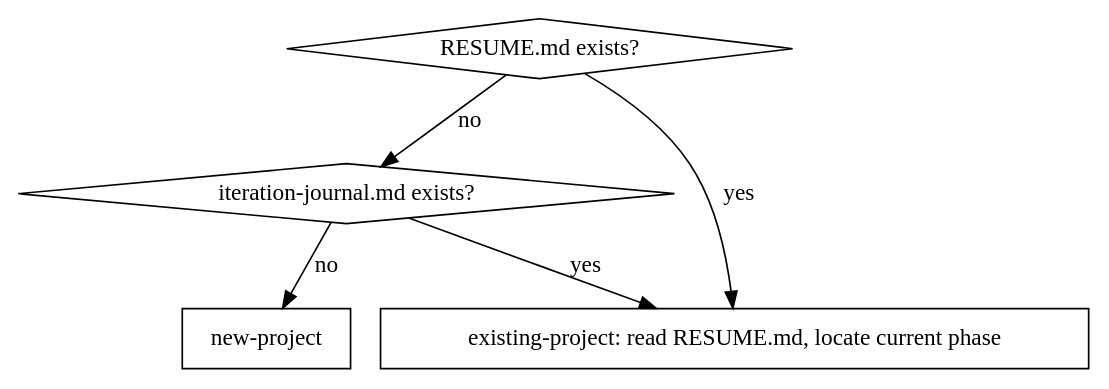
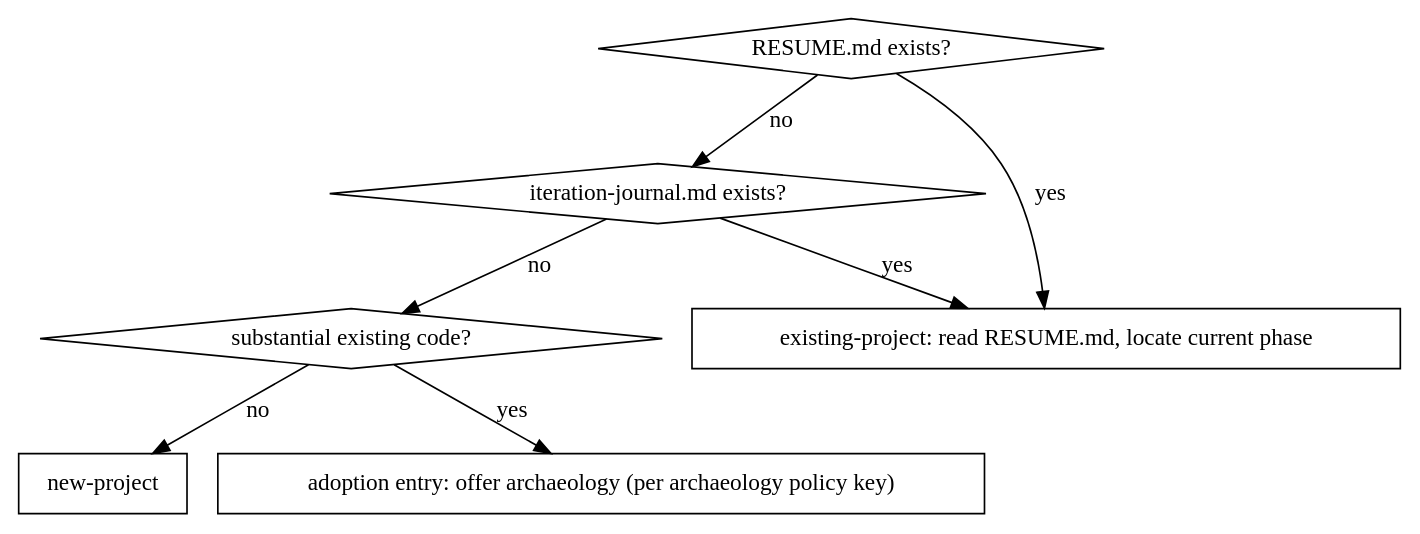
Before and after one commit to Victoriakaey/project-life-cycle: the diagram in skills/project-lifecycle/SKILL.md, drawn with Graphviz. The commit also changed other lines of this file and 81 other files, not shown here.

````diff
--- a/skills/project-lifecycle/SKILL.md
+++ b/skills/project-lifecycle/SKILL.md
@@ -96,12 +106,16 @@
 ```dot
 digraph entry {
   "RESUME.md exists?" [shape=diamond];
   "iteration-journal.md exists?" [shape=diamond];
+  "substantial existing code?" [shape=diamond];
   "new-project" [shape=box];
   "existing-project: read RESUME.md, locate current phase" [shape=box];
+  "adoption entry: offer archaeology (per archaeology policy key)" [shape=box];
   "RESUME.md exists?" -> "iteration-journal.md exists?" [label="no"];
-  "iteration-journal.md exists?" -> "new-project" [label="no"];
+  "RESUME.md exists?" -> "existing-project: read RESUME.md, locate current phase" [label="yes"];
   "iteration-journal.md exists?" -> "existing-project: read RESUME.md, locate current phase" [label="yes"];
-  "RESUME.md exists?" -> "existing-project: read RESUME.md, locate current phase" [label="yes"];
+  "iteration-journal.md exists?" -> "substantial existing code?" [label="no"];
+  "substantial existing code?" -> "adoption entry: offer archaeology (per archaeology policy key)" [label="yes"];
+  "substantial existing code?" -> "new-project" [label="no"];
 }
 ```
````
